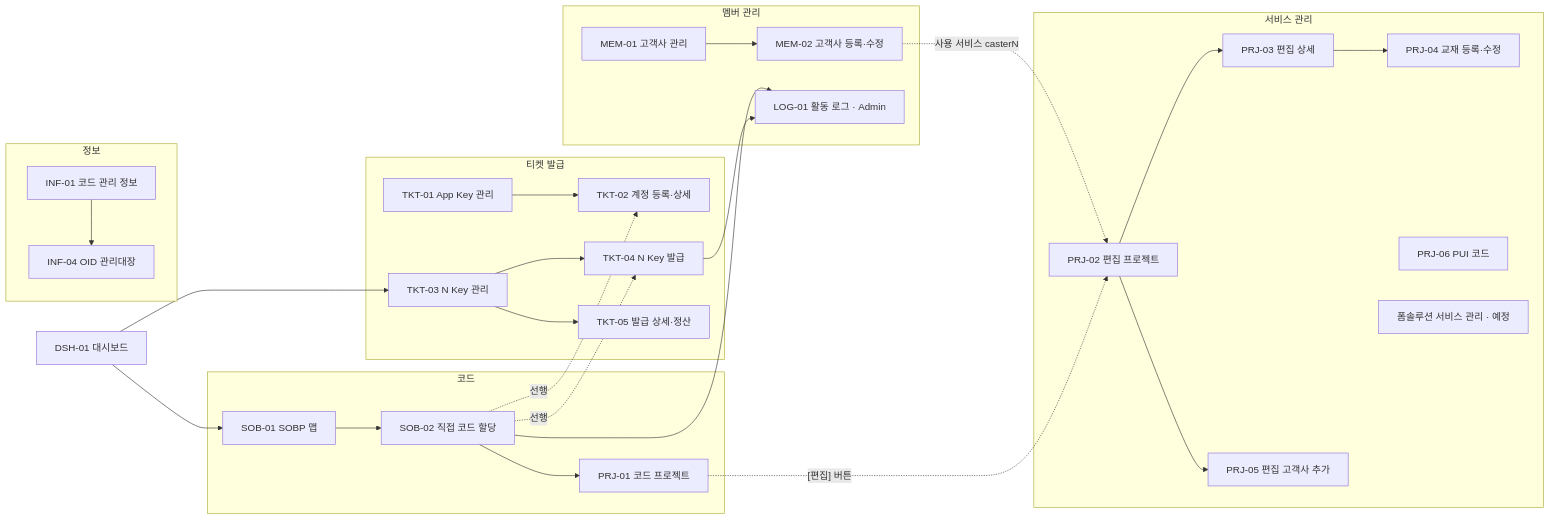
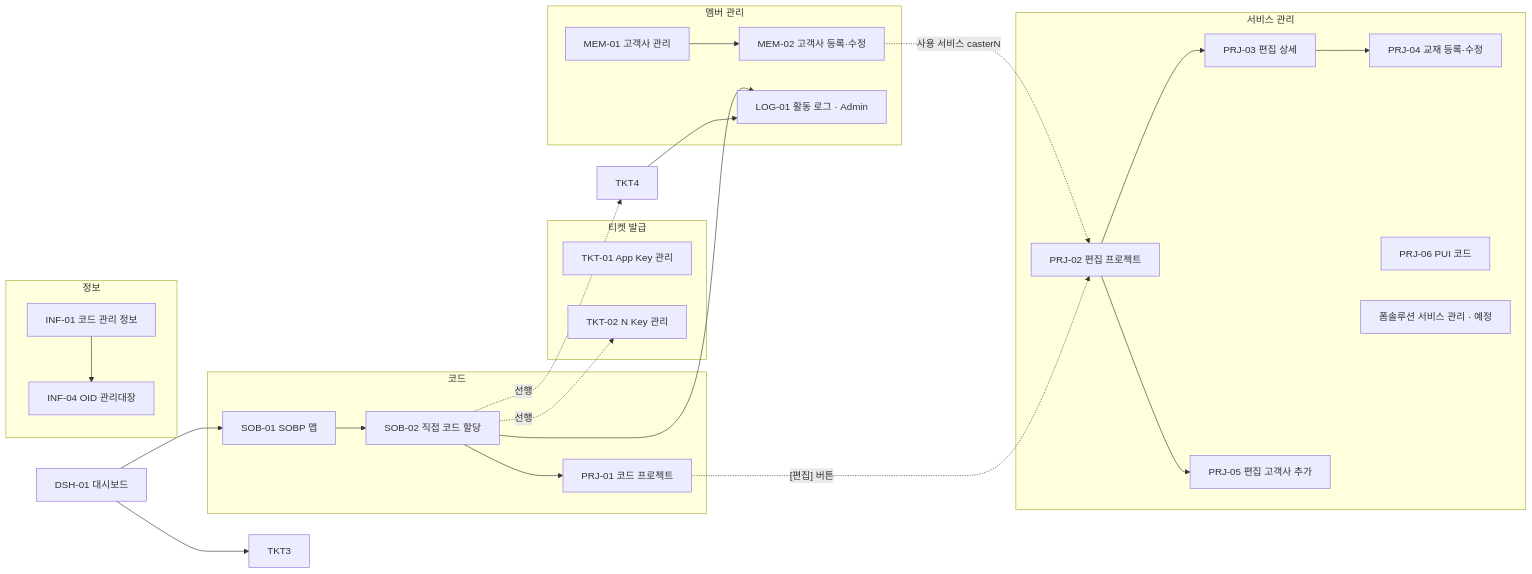
One commit to sjkim-create/NcodeCenter changed the sixth of 6 diagrams in docs/NcodeCenter-Flow.md. Above: the diagram before and after it, drawn with Mermaid. The commit also changed other lines of this file and 75 other files, not shown here.

First line of the commit message:
App Key · N Key 관리 3단 통합 · 고객사 관리 고객사로 발급 · 화면코드 TKT-01/02 정리 (PC-146~158)

````diff
--- a/docs/NcodeCenter-Flow.md
+++ b/docs/NcodeCenter-Flow.md
@@ -227,41 +227,40 @@
 ```mermaid
 flowchart LR
     DSH["DSH-01 대시보드"]
 
     subgraph G1["코드"]
         SOB1["SOB-01 SOBP 맵"] --> SOB2["SOB-02 직접 코드 할당"]
         PRJ1["PRJ-01 코드 프로젝트"]
     end
 
     subgraph G2["티켓 발급"]
-        TKT1["TKT-01 App Key 관리"] --> TKT2["TKT-02 계정 등록·상세"]
-        TKT3["TKT-03 N Key 관리"] --> TKT4["TKT-04 N Key 발급"]
-        TKT3 --> TKT5["TKT-05 발급 상세·정산"]
+        TKT1["TKT-01 App Key 관리"]
+        TKT2["TKT-02 N Key 관리"]
     end
 
     subgraph G3["서비스 관리"]
         PRJ2["PRJ-02 편집 프로젝트"] --> PRJ3["PRJ-03 편집 상세"] --> PRJ4["PRJ-04 교재 등록·수정"]
         PRJ2 --> PRJ5["PRJ-05 편집 고객사 추가"]
         PUI["PRJ-06 PUI 코드"]
         FS["폼솔루션 서비스 관리 · 예정"]
     end
 
     subgraph G4["멤버 관리"]
         MEM1["MEM-01 고객사 관리"] --> MEM2["MEM-02 고객사 등록·수정"]
         LOG["LOG-01 활동 로그 · Admin"]
     end
 
     subgraph G5["정보"]
         INF["INF-01 코드 관리 정보"] --> INF4["INF-04 OID 관리대장"]
     end
 
     DSH --> SOB1
     DSH --> TKT3
     MEM2 -. 사용 서비스 casterN .-> PRJ2
     SOB2 --> PRJ1
     SOB2 -. 선행 .-> TKT4
     SOB2 -. 선행 .-> TKT2
     SOB2 --> LOG
     TKT4 --> LOG
     PRJ1 -. [편집] 버튼 .-> PRJ2
 ```
````
